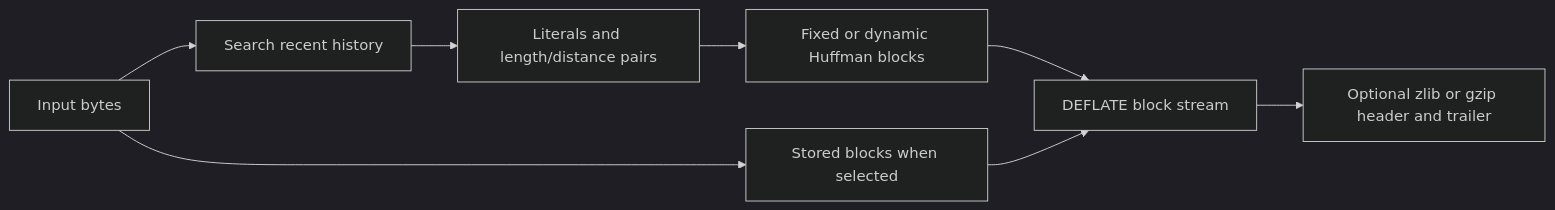
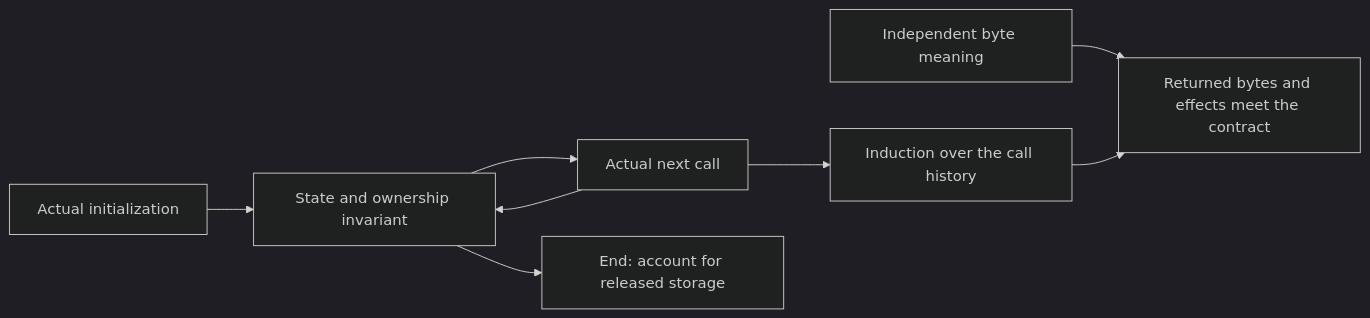
Before and after one commit to cla7aye15I4nd/zlib-f: the diagram in docs/overview.md, drawn with Mermaid (dark theme). The commit also changed other lines of this file and 22 other files, not shown here.

````diff
--- a/docs/overview.md
+++ b/docs/overview.md
@@ -121,10 +193,10 @@
 ```mermaid
 flowchart LR
-    input["Input bytes"] --> match["Search recent history"]
-    match --> symbols["Literals and length/distance pairs"]
-    symbols --> coding["Fixed or dynamic Huffman blocks"]
-    input --> stored["Stored blocks when selected"]
-    coding --> body["DEFLATE block stream"]
-    stored --> body
-    body --> wrapper["Optional zlib or gzip header and trailer"]
+    init["Actual initialization"] --> inv["State and ownership invariant"]
+    inv --> step["Actual next call"]
+    step --> inv
+    step --> history["Induction over the call history"]
+    format["Independent byte meaning"] --> result["Returned bytes and effects meet the contract"]
+    history --> result
+    inv --> cleanup["End: account for released storage"]
 ```
````
